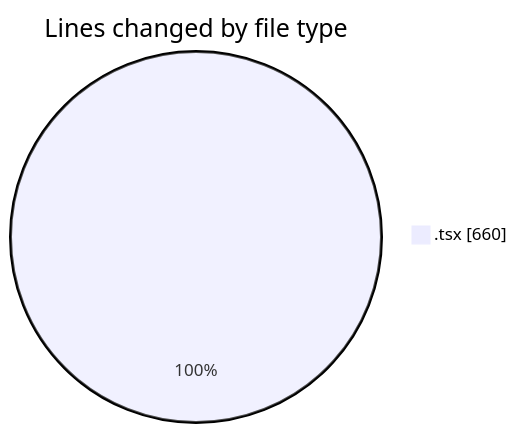
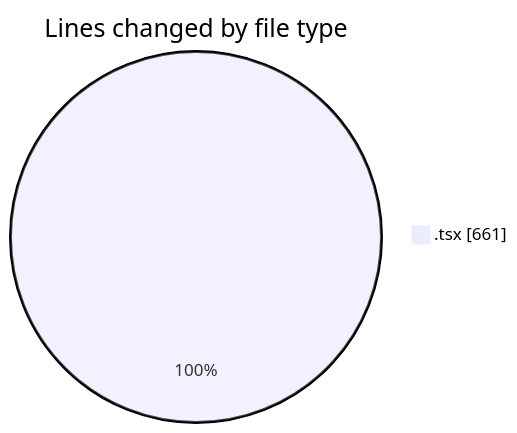
Before and after one commit to julien-gomy/code-tracking: the first of 2 diagrams in 2025-10-17/eventscop-frontend-guide__workspace_/README.md, drawn with Mermaid. The commit also changed other lines of this file and 1 other file, not shown here.

````diff
--- a/2025-10-17/eventscop-frontend-guide__workspace_/README.md
+++ b/2025-10-17/eventscop-frontend-guide__workspace_/README.md
@@ -24,5 +24,5 @@
 ```mermaid
 pie showData
 title Lines changed by file type
-".tsx" : 660
+".tsx" : 661
 ```
````
